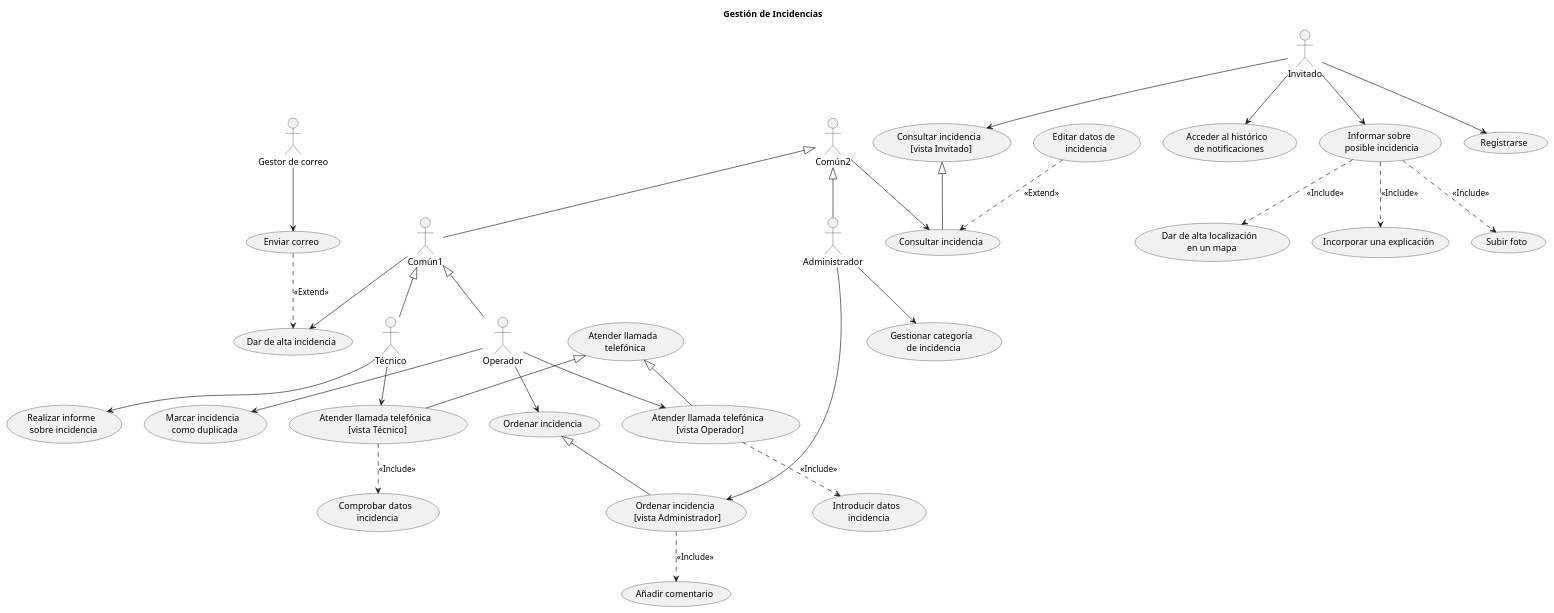
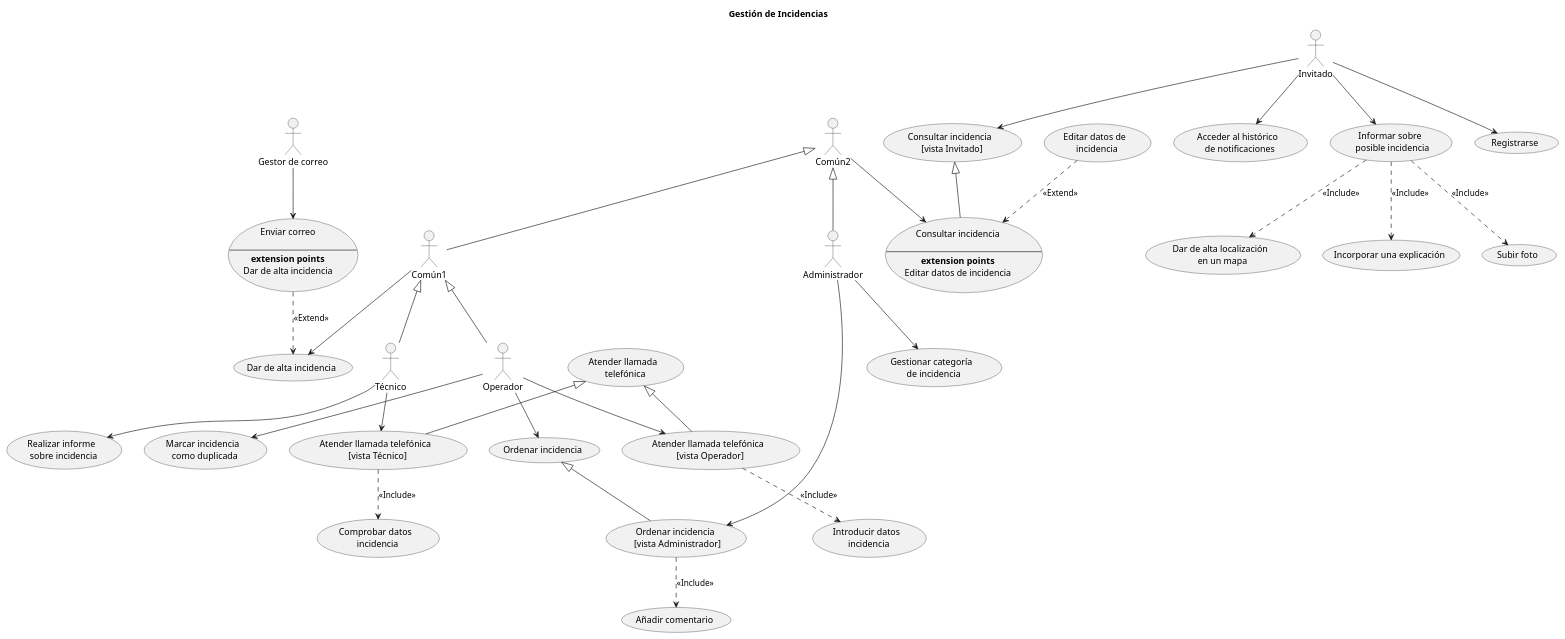
Before and after one commit to emg842/INRE-UAL-ROJO-2022: the diagram in LAB0/src/gestion_de_incidencias.puml, drawn with PlantUML. The commit also changed 12 other files, not shown here.

Commit message:
Correccion extension points lab0

```diff
--- a/LAB0/src/gestion_de_incidencias.puml
+++ b/LAB0/src/gestion_de_incidencias.puml
@@ -1,69 +1,77 @@
 @startuml gestion_de_incidencias
 title Gestión de Incidencias
 
 :Administrador: as A1
 :Común1: as A2
 :Común2: as A3
 :Gestor de correo: as A4
 :Invitado: as A5
 :Operador: as A6
 :Técnico: as A7
 
 (Acceder al histórico \n de notificaciones) as UC1
 (Añadir comentario) as UC2
 (Atender llamada \n telefónica) as UC3
 (Atender llamada telefónica \n [vista Operador]) as UC4
 (Atender llamada telefónica \n [vista Técnico]) as UC5
 (Comprobar datos \n incidencia) as UC6
-(Consultar incidencia) as UC7
+usecase UC7 as "Consultar incidencia
+
+--
+**extension points**
+Editar datos de incidencia"
 (Consultar incidencia \n [vista Invitado]) as UC8
 (Dar de alta incidencia) as UC9
 (Dar de alta localización \n en un mapa) as UC10
 (Editar datos de \n incidencia) as UC11
-(Enviar correo) as UC12
+usecase UC12 as "Enviar correo
+
+--
+**extension points**
+Dar de alta incidencia"
 (Gestionar categoría \n de incidencia) as UC13
 (Incorporar una explicación) as UC14
 (Informar sobre \n posible incidencia) as UC15
 (Introducir datos \n incidencia) as UC16
 (Marcar incidencia \n como duplicada) as UC17
 (Ordenar incidencia) as UC18
 (Ordenar incidencia \n [vista Administrador]) as UC19
 (Realizar informe \n sobre incidencia) as UC20
 (Registrarse) as UC21
 (Subir foto) as UC22
 
 A1 --> UC13
 A1 --> UC19
 A2 --> UC9
 A3 --> UC7
 A4 --> UC12
 A5 --> UC1
 A5 --> UC8
 A5 --> UC15
 A5 --> UC21
 A6 --> UC4
 A6 --> UC17
 A6 --> UC18
 A7 --> UC5
 A7 --> UC20
 
 A2 <|-- A6
 A2 <|-- A7
 A3 <|-- A1
 A3 <|-- A2
 UC3 <|-- UC4
 UC3 <|-- UC5
 UC8 <|-- UC7
 UC18 <|-- UC19
 
 UC11 ..> UC7 : <<Extend>>
 UC12 ..> UC9 : <<Extend>>
 
 UC4 ..> UC16 : <<Include>>
 UC5 ..> UC6 : <<Include>>
 UC15 ..> UC10 : <<Include>>
 UC15 ..> UC14 : <<Include>>
 UC15 ..> UC22 : <<Include>>
 UC19 ..> UC2 : <<Include>>
 
 @enduml
```
